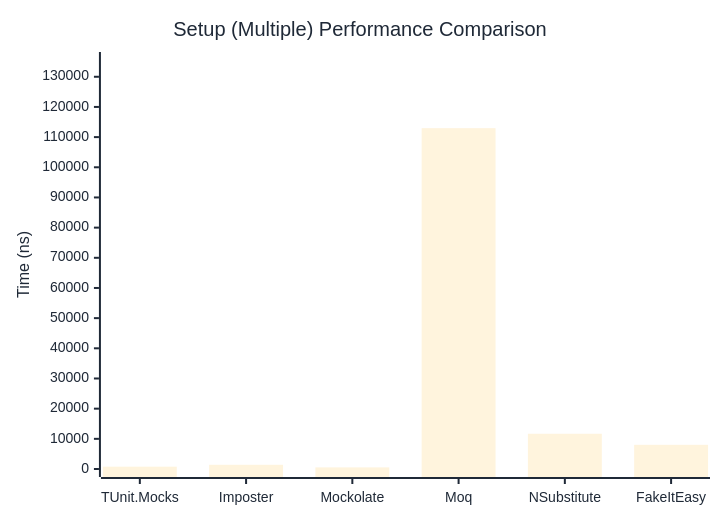
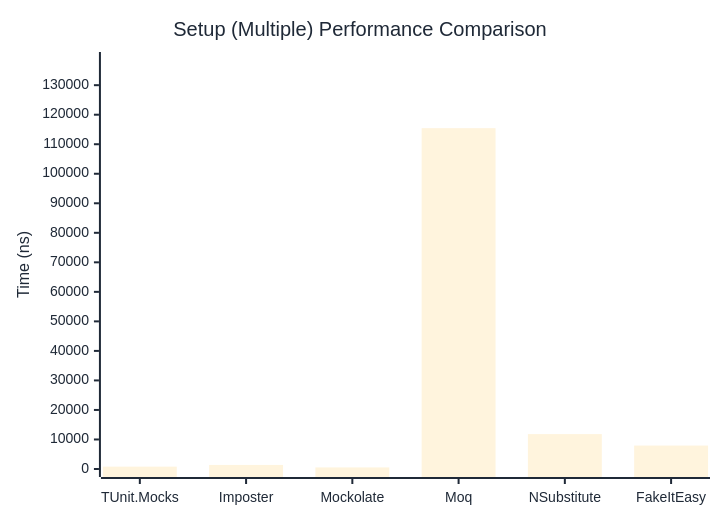
Before and after one commit to thomhurst/TUnit: the second of 2 diagrams in docs/docs/benchmarks/mocks/Setup.md, drawn with Mermaid. The commit also changed other lines of this file and 14 other files, not shown here.

````diff
--- a/docs/docs/benchmarks/mocks/Setup.md
+++ b/docs/docs/benchmarks/mocks/Setup.md
@@ -71,27 +71,27 @@
 ```mermaid
 %%{init: {
   'theme':'base',
   'themeVariables': {
     'primaryColor': '#2563eb',
     'primaryTextColor': '#1f2937',
     'primaryBorderColor': '#1e40af',
     'lineColor': '#6b7280',
     'secondaryColor': '#7c3aed',
     'tertiaryColor': '#dc2626',
     'background': '#ffffff',
     'pie1': '#2563eb',
     'pie2': '#7c3aed',
     'pie3': '#dc2626',
     'pie4': '#f59e0b',
     'pie5': '#10b981',
     'pie6': '#06b6d4',
     'pie7': '#ec4899',
     'pie8': '#6366f1'
   }
 }}%%
 xychart-beta
   title "Setup (Multiple) Performance Comparison"
   x-axis ["TUnit.Mocks", "Imposter", "Mockolate", "Moq", "NSubstitute", "FakeItEasy"]
-  y-axis "Time (ns)" 0 --> 135556
-  bar [768.5, 1392.8, 534.1, 112963, 11682.5, 8018.1]
+  y-axis "Time (ns)" 0 --> 138529
+  bar [796.3, 1375.2, 533.5, 115440.7, 11823.6, 7942.9]
 ```
````
